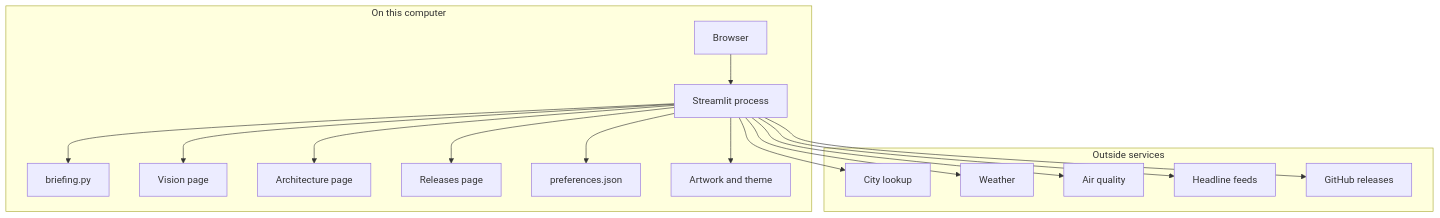
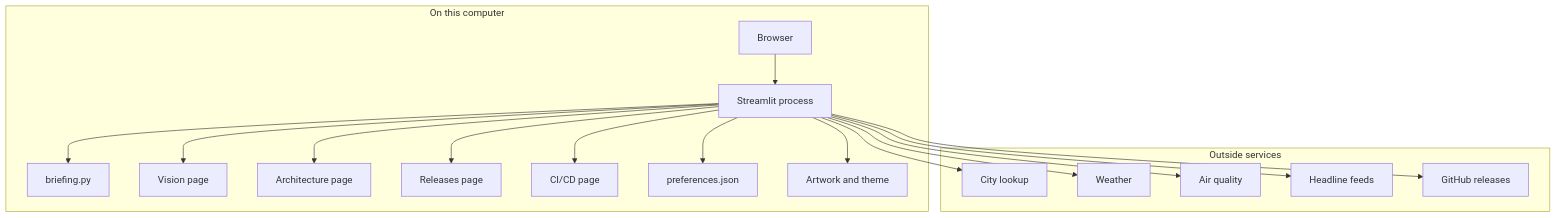
One commit to jmaret/daily-briefing changed the third of 3 diagrams in docs/architecture.md. Above: the diagram before and after it, drawn with Mermaid. The commit also changed other lines of this file and 6 other files, not shown here.

````diff
--- a/docs/architecture.md
+++ b/docs/architecture.md
@@ -52,32 +53,34 @@
 ```mermaid
 flowchart TD
   subgraph local [On this computer]
     browser[Browser]
     process[Streamlit process]
     briefing[briefing.py]
     visionPage[Vision page]
     architecturePage[Architecture page]
     releasesPage[Releases page]
+    cicdPage[CI/CD page]
     preferences[preferences.json]
     artwork[Artwork and theme]
     browser --> process
     process --> briefing
     process --> visionPage
     process --> architecturePage
     process --> releasesPage
+    process --> cicdPage
     process --> preferences
     process --> artwork
   end
   subgraph remote [Outside services]
     geocode[City lookup]
     forecast[Weather]
     airQuality[Air quality]
     feeds[Headline feeds]
     github[GitHub releases]
   end
   process --> geocode
   process --> forecast
   process --> airQuality
   process --> feeds
   process --> github
 ```
````
